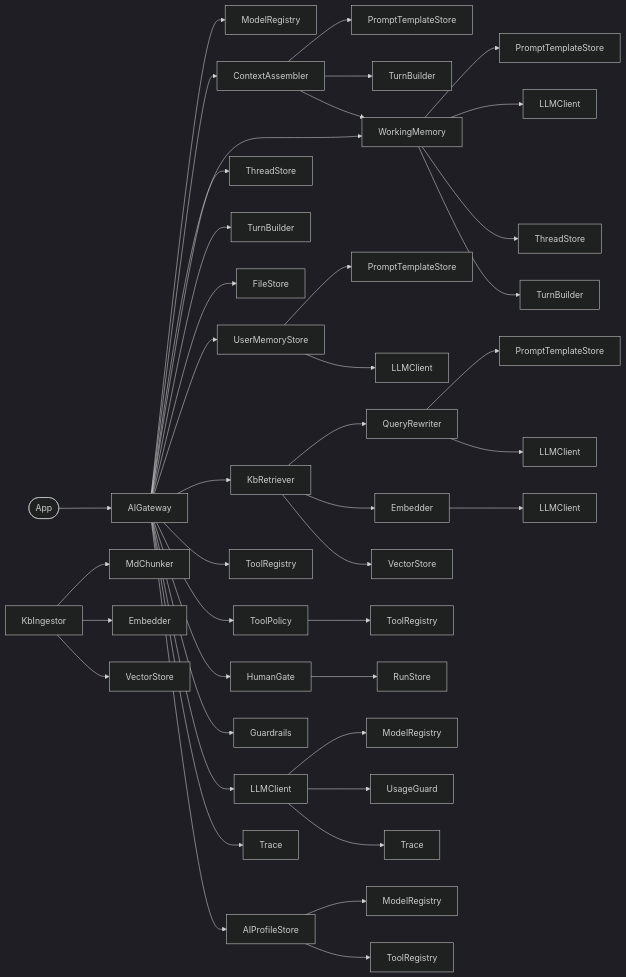
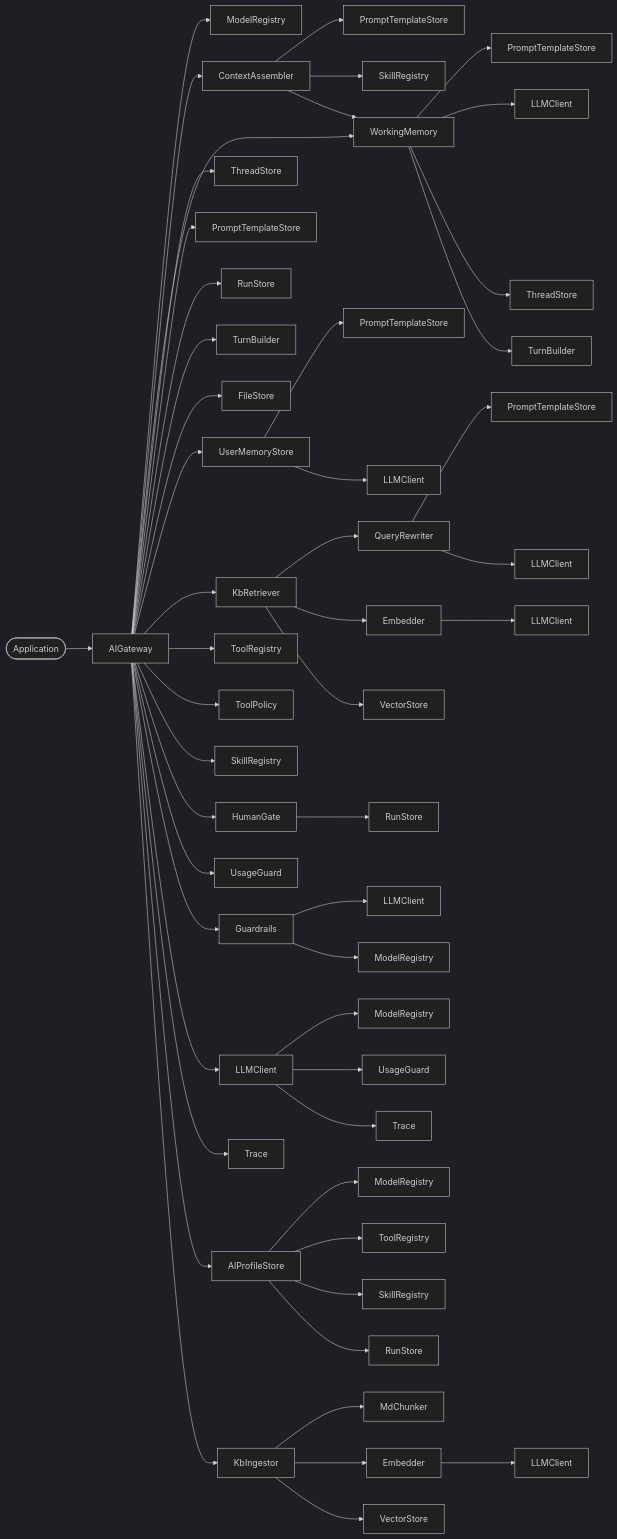
One commit to aneldev/dyna-ai-gateway changed the first of 3 diagrams in docs/60-architecture/10-architecture-and-trade-offs.md. Above: the diagram before and after it, drawn with Mermaid (dark theme). The commit also changed other lines of this file and 226 other files, not shown here.

````diff
--- a/docs/60-architecture/10-architecture-and-trade-offs.md
+++ b/docs/60-architecture/10-architecture-and-trade-offs.md
@@ -31,46 +61,55 @@
 ```mermaid
 flowchart LR
-  App([App]) --> GW[AIGateway]
+  App([Application]) --> GW[AIGateway]
 
   GW --> MR[ModelRegistry]
   GW --> PS[AIProfileStore]
   GW --> CA[ContextAssembler]
   CA --> PT1[PromptTemplateStore]
-  CA --> TB2[TurnBuilder]
+  CA --> SR1[SkillRegistry]
   CA --> WM[WorkingMemory]
   GW --> TS[ThreadStore]
+  GW --> PT0[PromptTemplateStore]
+  GW --> RS0[RunStore]
   GW --> TB[TurnBuilder]
   GW --> FS[FileStore]
   GW --> WM
   WM --> PT2[PromptTemplateStore]
   WM --> DR2[LLMClient]
   WM --> TS2[ThreadStore]
   WM --> TB3[TurnBuilder]
   GW --> UM[UserMemoryStore]
   UM --> PT3[PromptTemplateStore]
   UM --> DR3[LLMClient]
   GW --> KR[KbRetriever]
   KR --> QR[QueryRewriter]
   QR --> PT4[PromptTemplateStore]
   QR --> DR4[LLMClient]
   KR --> EM[Embedder]
   EM --> DR5[LLMClient]
   KR --> VS[VectorStore]
   GW --> TR[ToolRegistry]
   GW --> TP[ToolPolicy]
-  TP --> TR2[ToolRegistry]
+  GW --> SR[SkillRegistry]
   GW --> HG[HumanGate]
   HG --> RS[RunStore]
+  GW --> UG0[UsageGuard]
   GW --> GR[Guardrails]
+  GR --> DR6[LLMClient]
+  GR --> MR4[ModelRegistry]
   GW --> DR[LLMClient]
   DR --> MR2[ModelRegistry]
   DR --> UG[UsageGuard]
   DR --> TRC2[Trace]
   GW --> TRC[Trace]
   PS --> MR3[ModelRegistry]
   PS --> TR3[ToolRegistry]
+  PS --> SR2[SkillRegistry]
+  PS --> RS3[RunStore]
+  GW --> KI
 
   KI[KbIngestor] --> MC[MdChunker]
   KI --> EM2[Embedder]
+  EM2 --> DR7[LLMClient]
   KI --> VS2[VectorStore]
 ```
````
